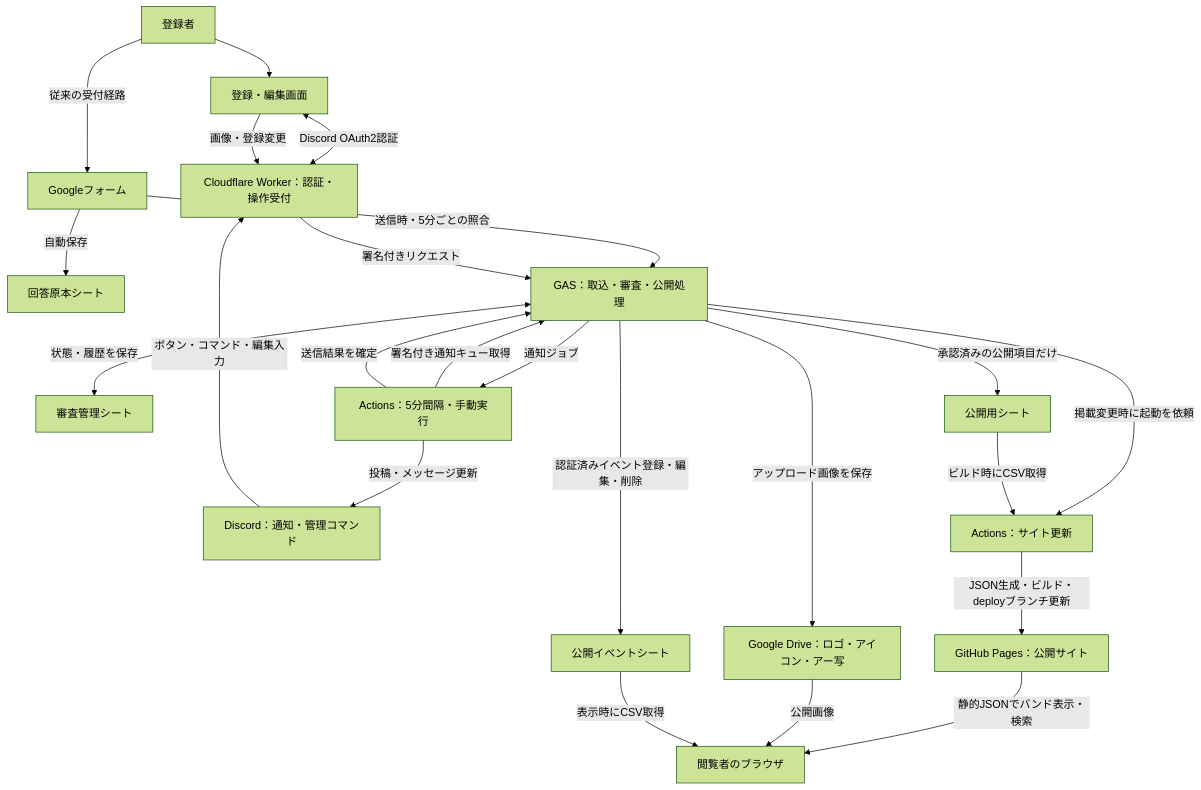
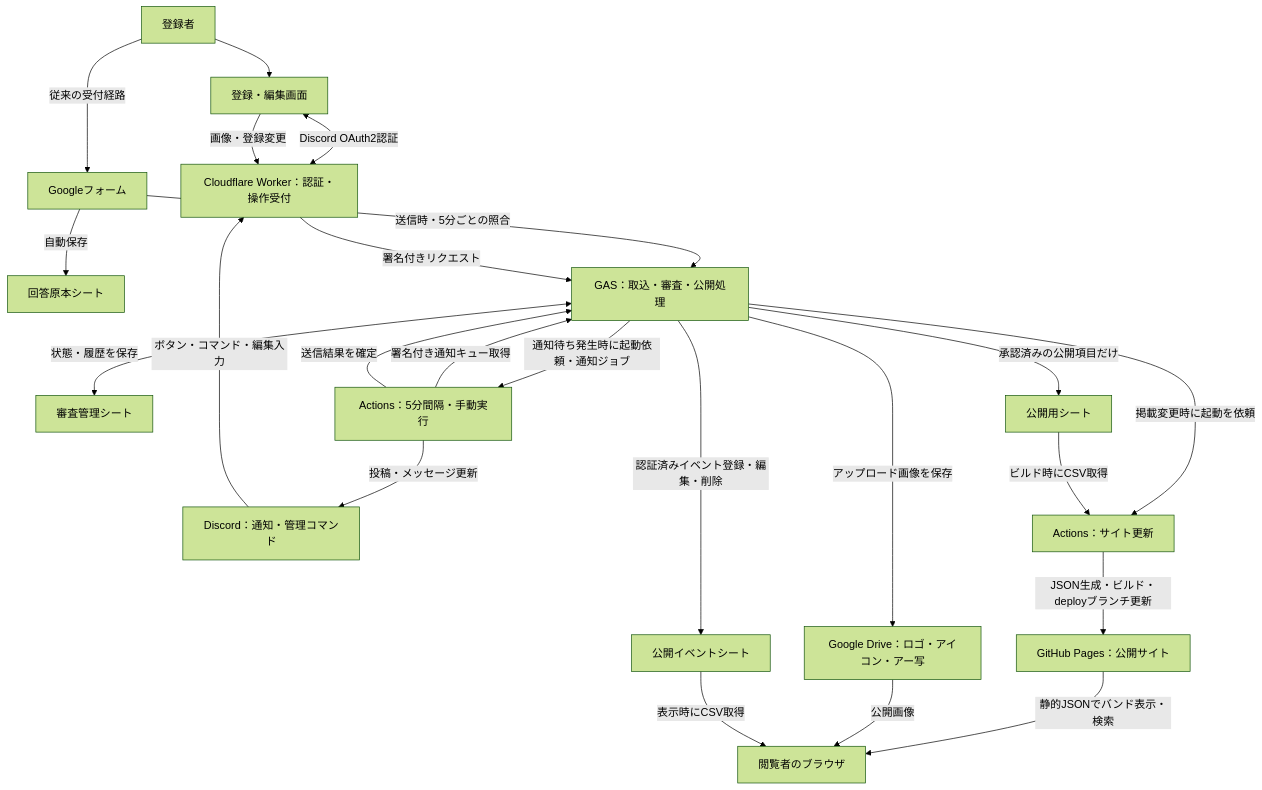
The first of 2 diagrams in docs/VRC-Band-DB-architecture.md (LyceeSerie/SerieIndustry), drawn with Mermaid (forest theme) before and after one commit. The commit also changed other lines of this file and 6 other files, not shown here.

````diff
--- a/docs/VRC-Band-DB-architecture.md
+++ b/docs/VRC-Band-DB-architecture.md
@@ -7,25 +7,25 @@
 ```mermaid
 flowchart TD
   User[登録者] --> Portal[登録・編集画面]
   Portal <-->|Discord OAuth2認証| Worker[Cloudflare Worker：認証・操作受付]
   Portal -->|画像・登録変更| Worker
   User -->|従来の受付経路| Form[Googleフォーム]
   Form -->|自動保存| Raw[回答原本シート]
   Form -->|送信時・5分ごとの照合| GAS[GAS：取込・審査・公開処理]
   GAS <-->|状態・履歴を保存| Review[審査管理シート]
   NotifyAction[Actions：5分間隔・手動実行] -->|署名付き通知キュー取得| GAS
-  GAS -->|通知ジョブ| NotifyAction
+  GAS -->|通知待ち発生時に起動依頼・通知ジョブ| NotifyAction
   NotifyAction -->|送信結果を確定| GAS
   NotifyAction -->|投稿・メッセージ更新| Discord[Discord：通知・管理コマンド]
   Discord -->|ボタン・コマンド・編集入力| Worker
   Worker -->|署名付きリクエスト| GAS
   GAS -->|承認済みの公開項目だけ| Public[公開用シート]
   GAS -->|掲載変更時に起動を依頼| SiteAction[Actions：サイト更新]
   Public -->|ビルド時にCSV取得| SiteAction
   SiteAction -->|JSON生成・ビルド・deployブランチ更新| Pages[GitHub Pages：公開サイト]
   Pages -->|静的JSONでバンド表示・検索| Viewer[閲覧者のブラウザ]
   GAS -->|アップロード画像を保存| Drive[Google Drive：ロゴ・アイコン・アー写]
   Drive -->|公開画像| Viewer
   GAS -->|認証済みイベント登録・編集・削除| Events[公開イベントシート]
   Events -->|表示時にCSV取得| Viewer
 ```
````
